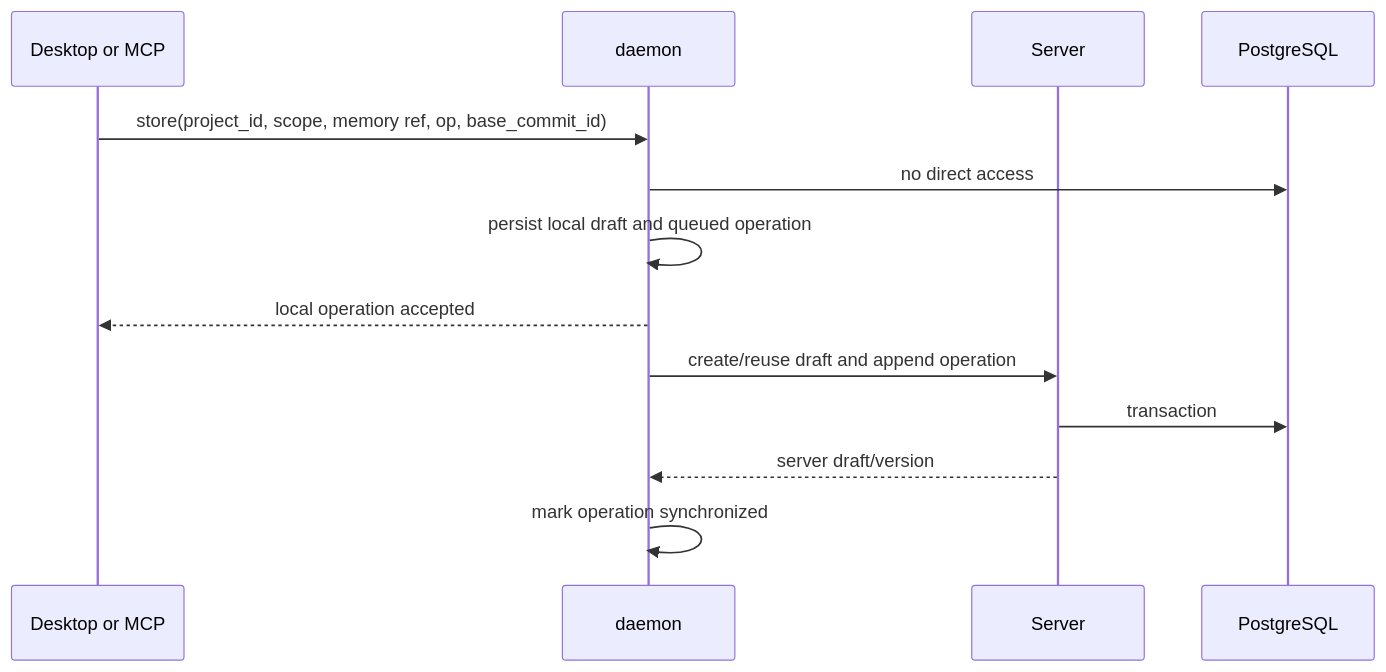
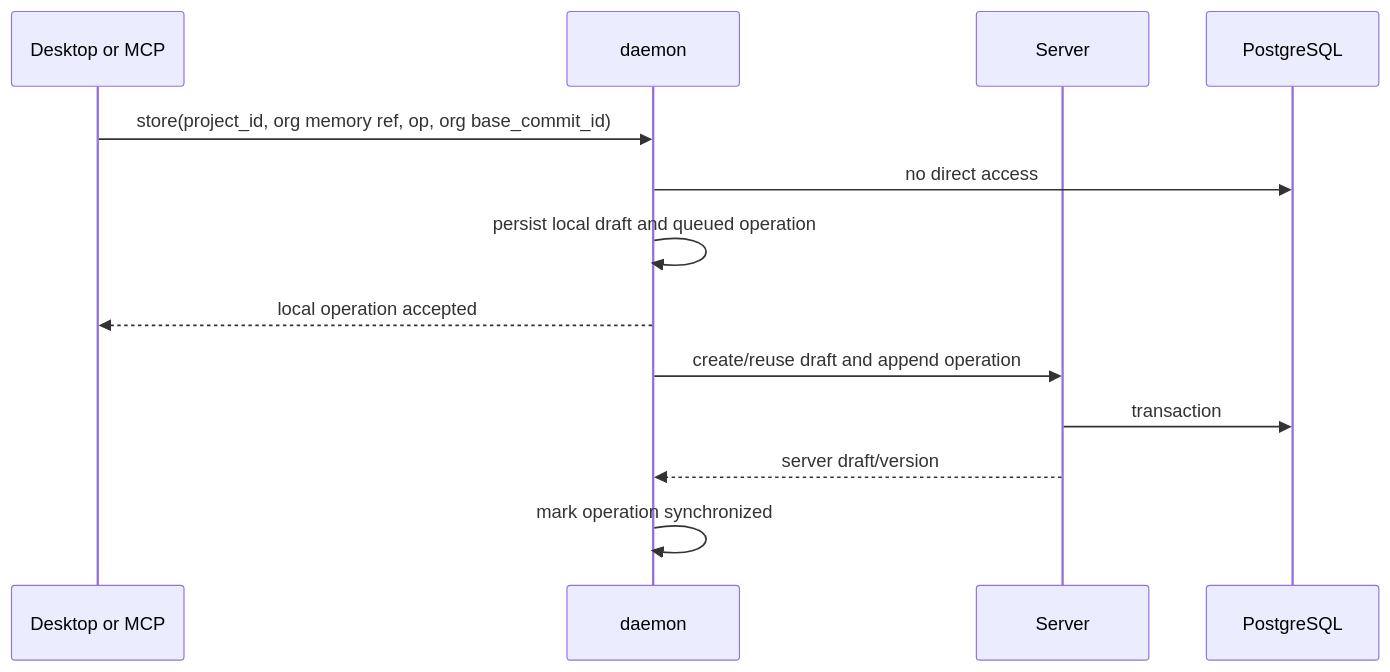
Before and after one commit to dylanwangeth/clumsies: the second of 5 diagrams in docs/architecture.md, drawn with Mermaid. The commit also changed other lines of this file and 35 other files, not shown here.

Commit message:
feat(memory): retire project authority (#207)

````diff
--- a/docs/architecture.md
+++ b/docs/architecture.md
@@ -62,16 +62,16 @@
 ```mermaid
 sequenceDiagram
     participant C as Desktop or MCP
     participant D as daemon
     participant S as Server
     participant P as PostgreSQL
 
-    C->>D: store(project_id, scope, memory ref, op, base_commit_id)
+    C->>D: store(project_id, org memory ref, op, org base_commit_id)
     D->>P: no direct access
     D->>D: persist local draft and queued operation
     D-->>C: local operation accepted
     D->>S: create/reuse draft and append operation
     S->>P: transaction
     S-->>D: server draft/version
     D->>D: mark operation synchronized
 ```
````
